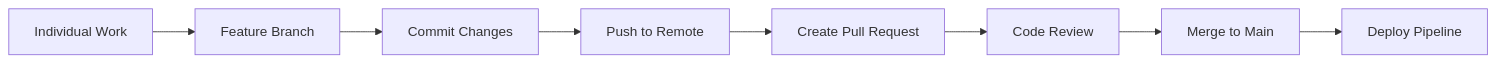
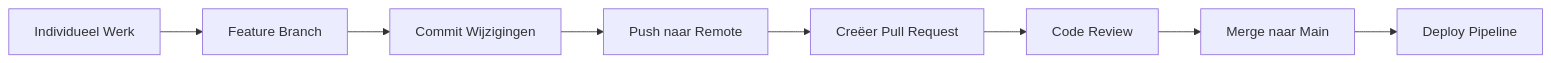
Before and after one commit to JonasCruzMartinez/devops-workshop-vitepress: the diagram in docs/phases/01-code.md, drawn with Mermaid. The commit also changed other lines of this file and 25 other files, not shown here.

````diff
--- a/docs/phases/01-code.md
+++ b/docs/phases/01-code.md
@@ -38,10 +38,10 @@
 ```mermaid
 graph LR
-  A[Individual Work] --> B[Feature Branch]
-  B --> C[Commit Changes]
-  C --> D[Push to Remote]
-  D --> E[Create Pull Request]
+  A[Individueel Werk] --> B[Feature Branch]
+  B --> C[Commit Wijzigingen]
+  C --> D[Push naar Remote]
+  D --> E[Creëer Pull Request]
   E --> F[Code Review]
-  F --> G[Merge to Main]
+  F --> G[Merge naar Main]
   G --> H[Deploy Pipeline]
 ```
````
